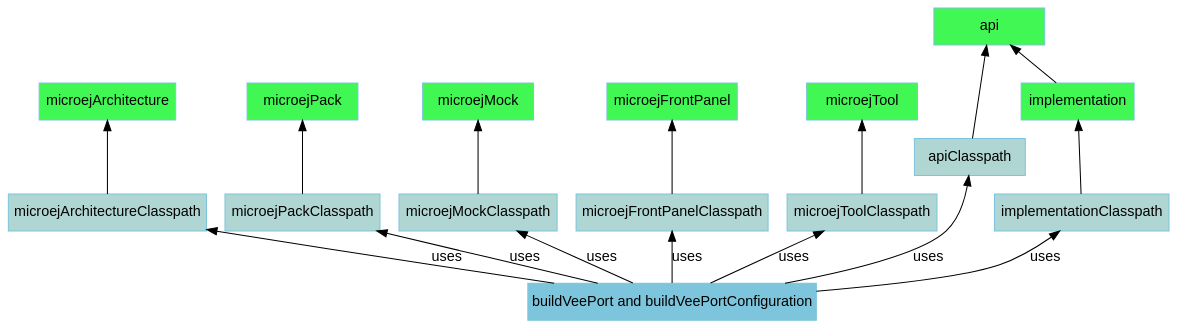
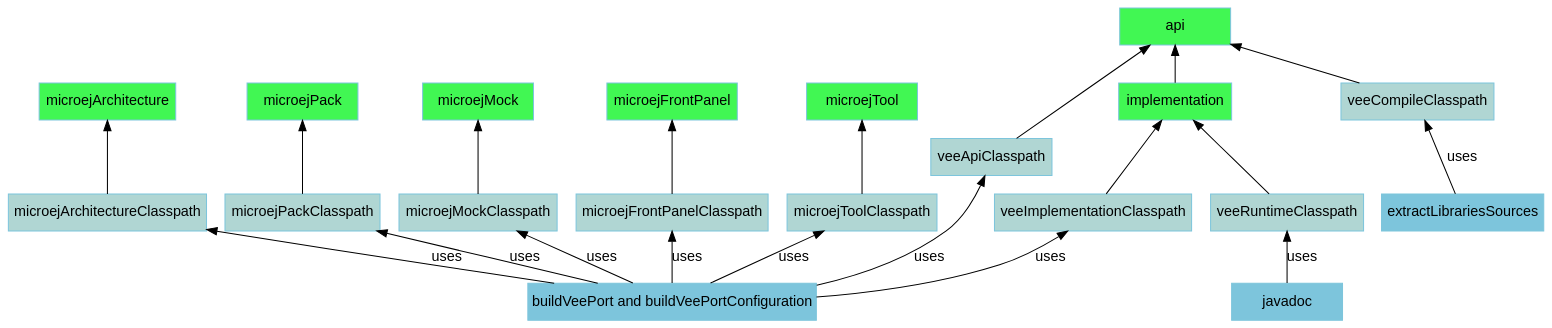
The diagram in SDK6UserGuide/appendix/graphVeePortConfigurations.dot (MicroEJ/docs), drawn with Graphviz before and after one commit. The commit also changed 3 other files, not shown here.

Commit message:
document VEE Port's aggregated javadoc

```diff
--- a/SDK6UserGuide/appendix/graphVeePortConfigurations.dot
+++ b/SDK6UserGuide/appendix/graphVeePortConfigurations.dot
@@ -1,44 +1,50 @@
 digraph mygraph {
     rankdir="BT";
     bgcolor="transparent"
     fontname="Helvetica,Arial,sans-serif"
     node [
         shape = box
         width = 1.5
         color = "#7dc5dc"
         style = filled
         fontname="Helvetica,Arial,sans-serif"
     ]
     edge [fontname="Helvetica,Arial,sans-serif"]
     "microejArchitecture" [fillcolor = "#41f753"]
     "microejPack" [fillcolor = "#41f753"]
     "microejMock" [fillcolor = "#41f753"]
     "microejFrontPanel" [fillcolor = "#41f753"]
     "microejTool" [fillcolor = "#41f753"]
     "api" [fillcolor = "#41f753"]
     "implementation" [fillcolor = "#41f753"]
 
     "microejArchitectureClasspath" [fillcolor = "#b0d6d3"]
     "microejPackClasspath" [fillcolor = "#b0d6d3"]
     "microejMockClasspath" [fillcolor = "#b0d6d3"]
     "microejFrontPanelClasspath" [fillcolor = "#b0d6d3"]
     "microejToolClasspath" [fillcolor = "#b0d6d3"]
-    "apiClasspath" [fillcolor = "#b0d6d3"]
-    "implementationClasspath" [fillcolor = "#b0d6d3"]
+    "veeApiClasspath" [fillcolor = "#b0d6d3"]
+    "veeImplementationClasspath" [fillcolor = "#b0d6d3"]
+    "veeCompileClasspath" [fillcolor = "#b0d6d3"]
+    "veeRuntimeClasspath" [fillcolor = "#b0d6d3"]
 
     "microejArchitectureClasspath" -> "microejArchitecture"
     "microejPackClasspath" -> "microejPack"
     "microejMockClasspath" -> "microejMock"
     "microejFrontPanelClasspath" -> "microejFrontPanel"
     "microejToolClasspath" -> "microejTool"
     "implementation" -> "api"
-    "apiClasspath" -> "api"
-    "implementationClasspath" -> "implementation"
+    "veeApiClasspath" -> "api"
+    "veeImplementationClasspath" -> "implementation"
+    "veeCompileClasspath" -> "api"
+    "veeRuntimeClasspath" -> "implementation"
     "buildVeePort and buildVeePortConfiguration" -> "microejArchitectureClasspath" [ label="uses" ]
     "buildVeePort and buildVeePortConfiguration" -> "microejPackClasspath" [ label="uses" ]
     "buildVeePort and buildVeePortConfiguration" -> "microejMockClasspath" [ label="uses" ]
     "buildVeePort and buildVeePortConfiguration" -> "microejFrontPanelClasspath" [ label="uses" ]
     "buildVeePort and buildVeePortConfiguration" -> "microejToolClasspath" [ label="uses" ]
-    "buildVeePort and buildVeePortConfiguration" -> "apiClasspath" [ label="uses" ]
-    "buildVeePort and buildVeePortConfiguration" -> "implementationClasspath" [ label="uses" ]
+    "buildVeePort and buildVeePortConfiguration" -> "veeApiClasspath" [ label="uses" ]
+    "buildVeePort and buildVeePortConfiguration" -> "veeImplementationClasspath" [ label="uses" ]
+    "extractLibrariesSources" -> "veeCompileClasspath" [ label="uses" ]
+    "javadoc" -> "veeRuntimeClasspath" [ label="uses" ]
 }
```
